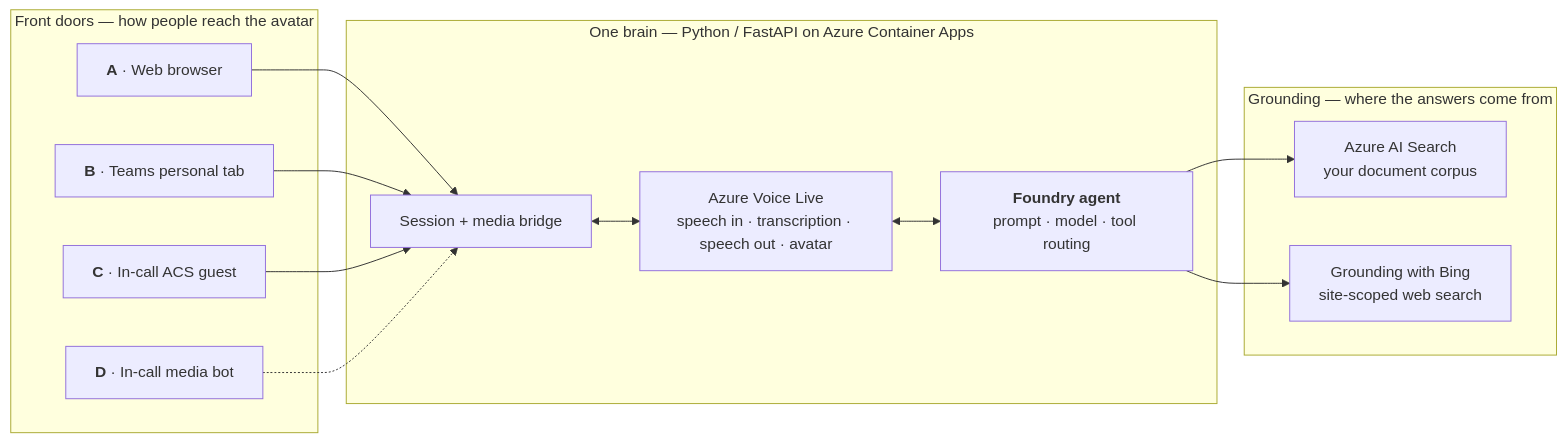
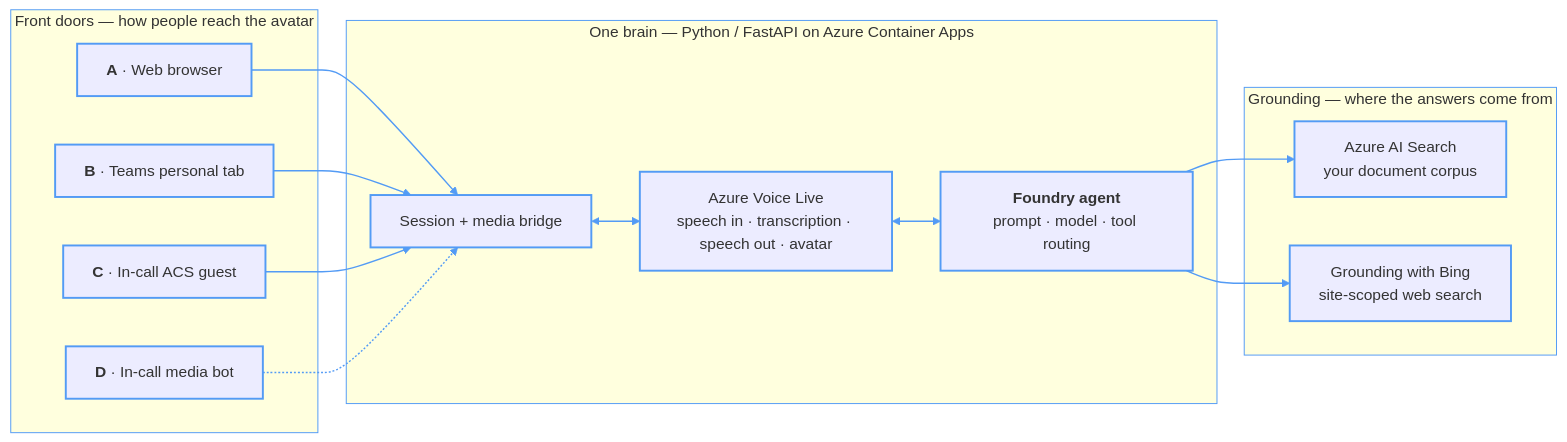
Before and after one commit to SridharArrabelly/avatar-forge: the first of 2 diagrams in README.md, drawn with Mermaid. The commit also changed other lines of this file, not shown here.

Commit message:
docs(readme): give the diagrams a consistent blue on GitHub (#115)
GitHub themes mermaid to the reader's own light/dark colour mode, which
replaces mermaid's palette with GitHub's greys. VS Code renders with
mermaid's built-in dark theme instead, whose node border is blue — so the
same diagram arrives in two different colour schemes depending on where
it is read, and the GitHub one is the flatter of the two.

Pin the stroke on nodes, subgraphs and links so both renderers agree, and
so the connectors read as part of the same drawing as the boxes rather
than as neutral grey plumbing.

Only the stroke is pinned. Fill and text colour are deliberately left to
the renderer's theme: hardcoding those is what breaks a diagram for
readers on the opposite colour mode. Verified by rendering both diagrams
in mermaid dark and light themes — legible in both.

Verified with mermaid-cli 11.16, the version GitHub renders with: both
diagrams render at unchanged dimensions (1603x452 and 1565x452), with 32
stroke references applied each. tests/test_docs.py passes — 263 links,
18 mermaid blocks across 28 files.

Copilot-Session: 34e087ed-b4a1-4ca8-addc-2ea9ee5ed1d4

````diff
--- a/README.md
+++ b/README.md
@@ -33,29 +33,37 @@
 ```mermaid
 flowchart LR
     subgraph Doors["Front doors — how people reach the avatar"]
         A["<b>A</b> · Web browser"]
         B["<b>B</b> · Teams personal tab"]
         C["<b>C</b> · In-call ACS guest"]
         D["<b>D</b> · In-call media bot"]
     end
 
     subgraph Brain["One brain — Python / FastAPI on Azure Container Apps"]
         API["Session + media bridge"]
         VL["Azure Voice Live<br/>speech in · transcription · speech out · avatar"]
         AG["<b>Foundry agent</b><br/>prompt · model · tool routing"]
         API <--> VL
         VL <--> AG
     end
 
     subgraph Ground["Grounding — where the answers come from"]
         S["Azure AI Search<br/>your document corpus"]
         N["Grounding with Bing<br/>site-scoped web search"]
     end
 
     A --> API
     B --> API
     C --> API
     D -.-> API
     AG --> S
     AG --> N
+
+    %% Only the stroke is pinned. Fill and text stay with the renderer's theme,
+    %% so this reads correctly in GitHub's light and dark modes alike.
+    classDef default stroke:#539bf5,stroke-width:2px
+    linkStyle default stroke:#539bf5,stroke-width:1.5px
+    style Doors stroke:#539bf5
+    style Brain stroke:#539bf5
+    style Ground stroke:#539bf5
 ```
````
